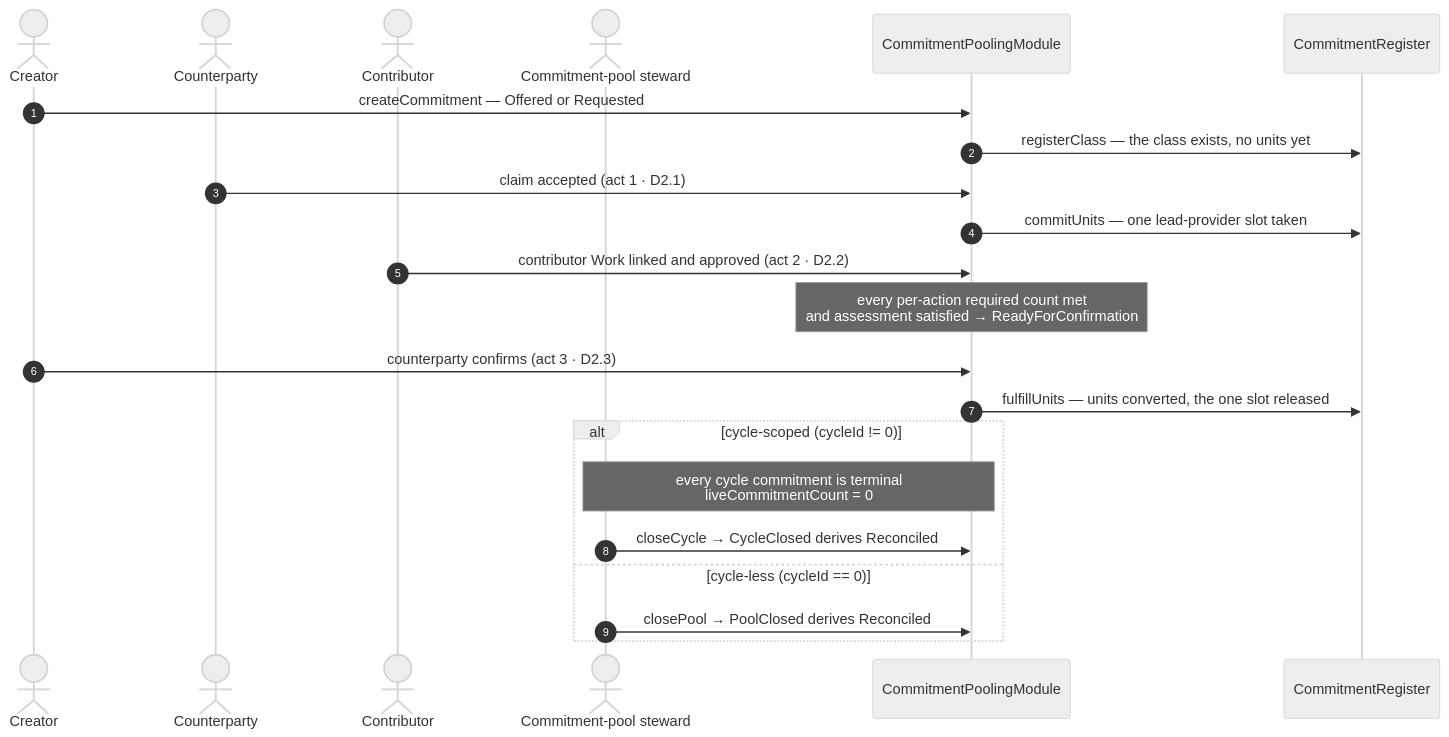
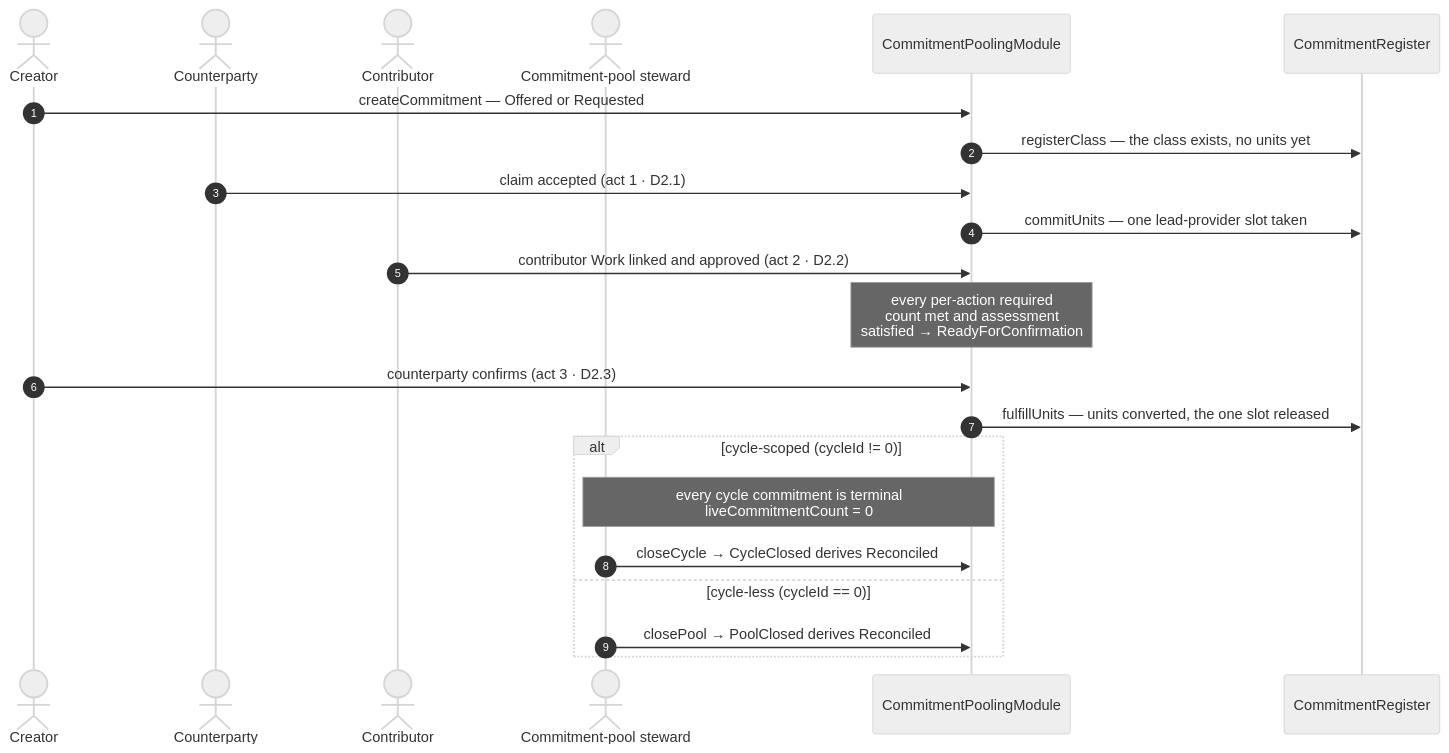
The third of 33 diagrams in .plans/active/commitment-pooling/diagrams.md (greenpill-dev-guild/green-goods), drawn with Mermaid (neutral theme) before and after one commit. The commit also changed other lines of this file and 20 other files, not shown here.

````diff
--- a/.plans/active/commitment-pooling/diagrams.md
+++ b/.plans/active/commitment-pooling/diagrams.md
@@ -281,25 +288,25 @@
 ```mermaid
 sequenceDiagram
   autonumber
   actor A as Creator
   actor B as Counterparty
   actor C as Contributor
   actor OP as Commitment-pool steward
   participant M as CommitmentPoolingModule
   participant R as CommitmentRegister
 
   A->>M: createCommitment — Offered or Requested
   M->>R: registerClass — the class exists, no units yet
   B->>M: claim accepted (act 1 · D2.1)
   M->>R: commitUnits — one lead-provider slot taken
   C->>M: contributor Work linked and approved (act 2 · D2.2)
-  Note over M: every per-action required count met<br/>and assessment satisfied → ReadyForConfirmation
+  Note over M: every per-action required<br/>count met and assessment<br/>satisfied → ReadyForConfirmation
   A->>M: counterparty confirms (act 3 · D2.3)
   M->>R: fulfillUnits — units converted, the one slot released
   alt cycle-scoped (cycleId != 0)
     Note over OP,M: every cycle commitment is terminal<br/>liveCommitmentCount = 0
     OP->>M: closeCycle → CycleClosed derives Reconciled
   else cycle-less (cycleId == 0)
     OP->>M: closePool → PoolClosed derives Reconciled
   end
 ```
````
